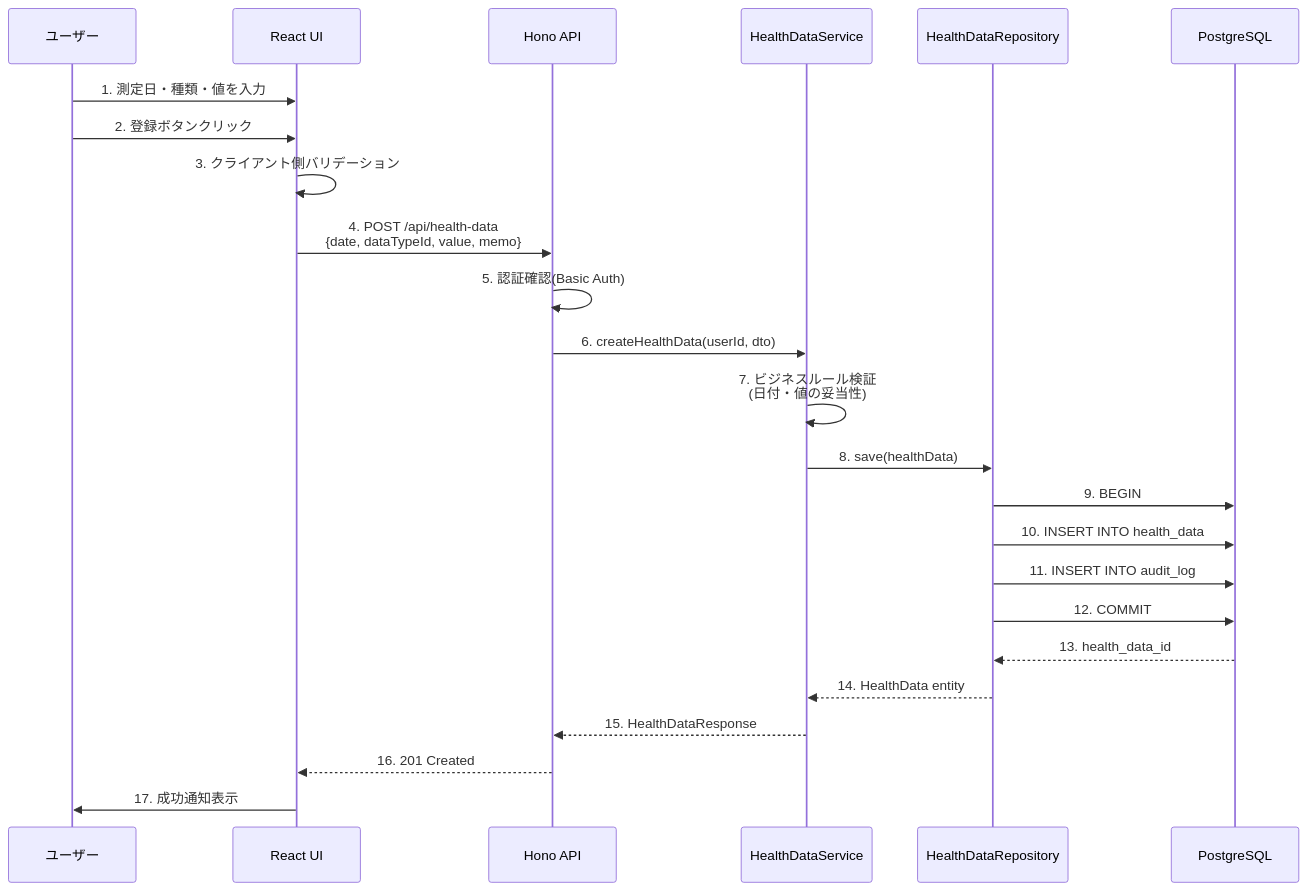
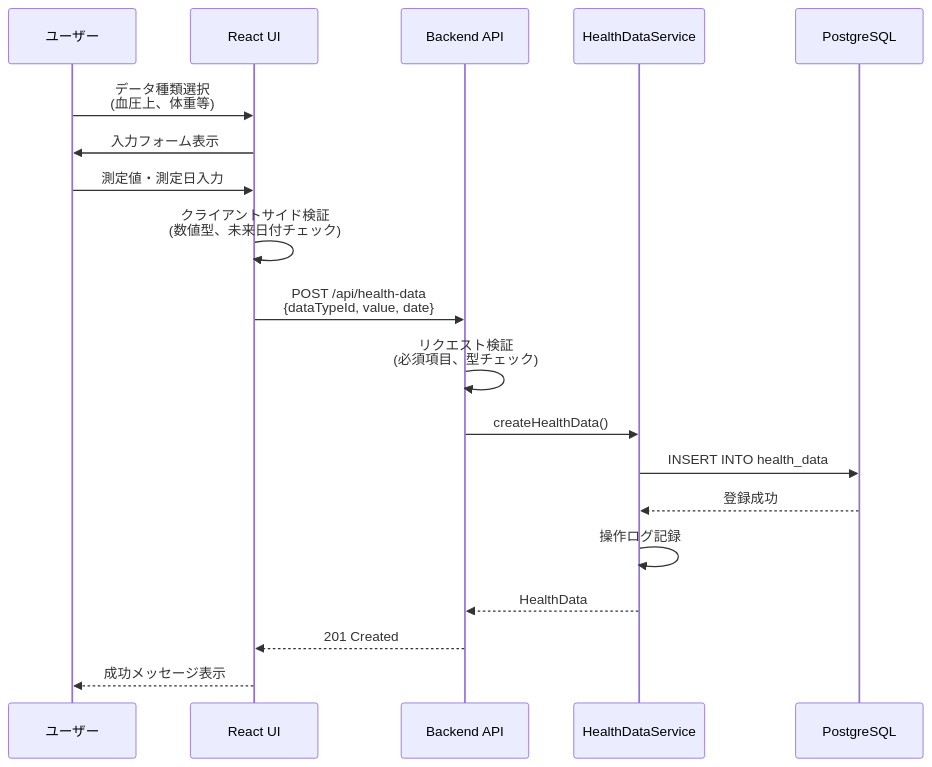
The third of 19 diagrams in .kiro/specs/personal-healthcare-record/design.md (mkyutani/sphr), drawn with Mermaid before and after one commit. The commit also changed other lines of this file and 2 other files, not shown here.

````diff
--- a/.kiro/specs/personal-healthcare-record/design.md
+++ b/.kiro/specs/personal-healthcare-record/design.md
@@ -242,27 +217,22 @@
 ```mermaid
 sequenceDiagram
     participant User as ユーザー
     participant UI as React UI
-    participant API as Hono API
+    participant API as Backend API
     participant Service as HealthDataService
-    participant Repo as HealthDataRepository
     participant DB as PostgreSQL
 
-    User->>UI: 1. 測定日・種類・値を入力
-    User->>UI: 2. 登録ボタンクリック
-    UI->>UI: 3. クライアント側バリデーション
-    UI->>API: 4. POST /api/health-data<br/>{date, dataTypeId, value, memo}
-    API->>API: 5. 認証確認(Basic Auth)
-    API->>Service: 6. createHealthData(userId, dto)
-    Service->>Service: 7. ビジネスルール検証<br/>(日付・値の妥当性)
-    Service->>Repo: 8. save(healthData)
-    Repo->>DB: 9. BEGIN
-    Repo->>DB: 10. INSERT INTO health_data
-    Repo->>DB: 11. INSERT INTO audit_log
-    Repo->>DB: 12. COMMIT
-    DB-->>Repo: 13. health_data_id
-    Repo-->>Service: 14. HealthData entity
-    Service-->>API: 15. HealthDataResponse
-    API-->>UI: 16. 201 Created
-    UI->>User: 17. 成功通知表示
+    User->>UI: データ種類選択<br/>(血圧上、体重等)
+    UI->>User: 入力フォーム表示
+    User->>UI: 測定値・測定日入力
+    UI->>UI: クライアントサイド検証<br/>(数値型、未来日付チェック)
+    UI->>API: POST /api/health-data<br/>{dataTypeId, value, date}
+    API->>API: リクエスト検証<br/>(必須項目、型チェック)
+    API->>Service: createHealthData()
+    Service->>DB: INSERT INTO health_data
+    DB-->>Service: 登録成功
+    Service->>Service: 操作ログ記録
+    Service-->>API: HealthData
+    API-->>UI: 201 Created
+    UI-->>User: 成功メッセージ表示
 ```
````
